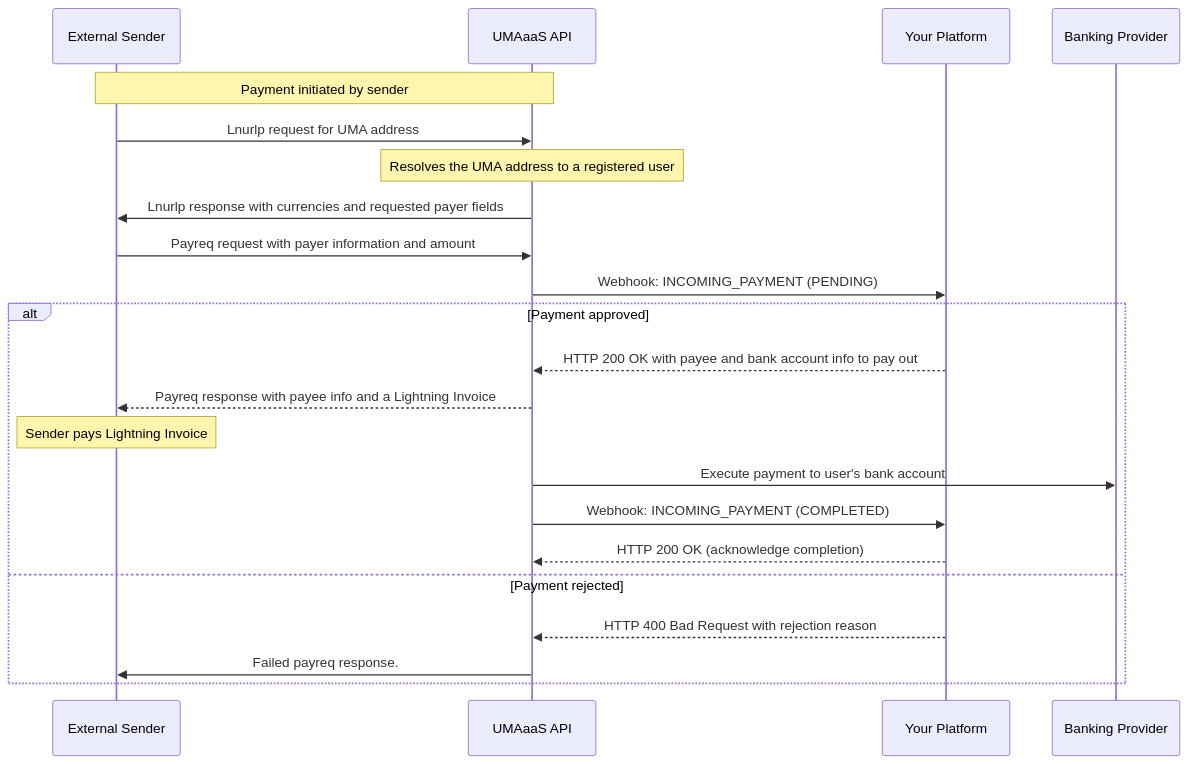
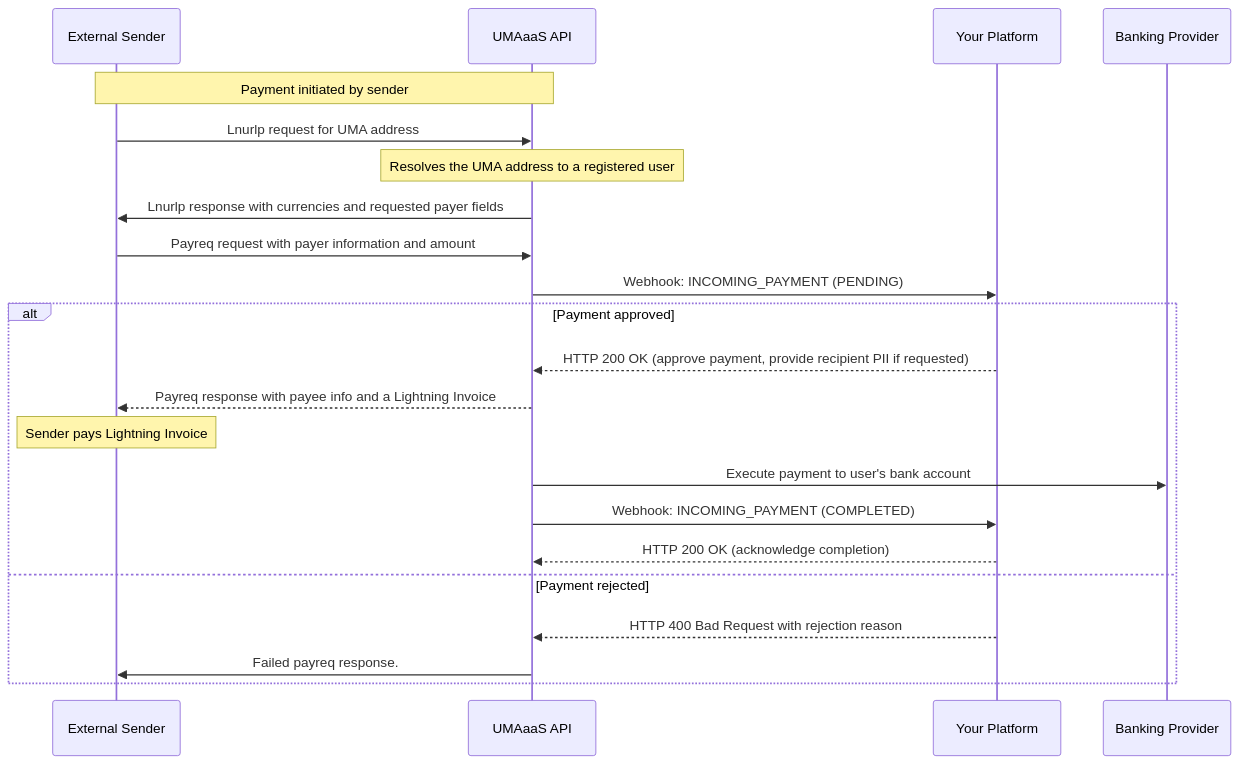
The second of 2 diagrams in docusaurus-docs/docs/receiving-payments.md (lightsparkdev/umaaas-api), drawn with Mermaid before and after one commit. The commit also changed other lines of this file and 33 other files, not shown here.

Commit message:
Add a flow which avoids requiring PII for users at creation time.

````diff
--- a/docusaurus-docs/docs/receiving-payments.md
+++ b/docusaurus-docs/docs/receiving-payments.md
@@ -192,26 +209,26 @@
 ```mermaid
 sequenceDiagram
     participant Sender as External Sender
     participant UMAaaS as UMAaaS API
     participant Client as Your Platform
     participant Bank as Banking Provider
     
     Note over Sender, UMAaaS: Payment initiated by sender
     Sender->>UMAaaS: Lnurlp request for UMA address
     Note over UMAaaS: Resolves the UMA address to a registered user
     UMAaaS->>Sender: Lnurlp response with currencies and requested payer fields
     Sender->>UMAaaS: Payreq request with payer information and amount
     UMAaaS->>Client: Webhook: INCOMING_PAYMENT (PENDING)
     
     alt Payment approved
-        Client-->>UMAaaS: HTTP 200 OK with payee and bank account info to pay out
+        Client-->>UMAaaS: HTTP 200 OK (approve payment, provide recipient PII if requested)
         UMAaaS-->>Sender: Payreq response with payee info and a Lightning Invoice
         Note over Sender: Sender pays Lightning Invoice
         UMAaaS->>Bank: Execute payment to user's bank account
         UMAaaS->>Client: Webhook: INCOMING_PAYMENT (COMPLETED)
         Client-->>UMAaaS: HTTP 200 OK (acknowledge completion)
     else Payment rejected
         Client-->>UMAaaS: HTTP 400 Bad Request with rejection reason
         UMAaaS->>Sender: Failed payreq response.
     end
 ```
````
